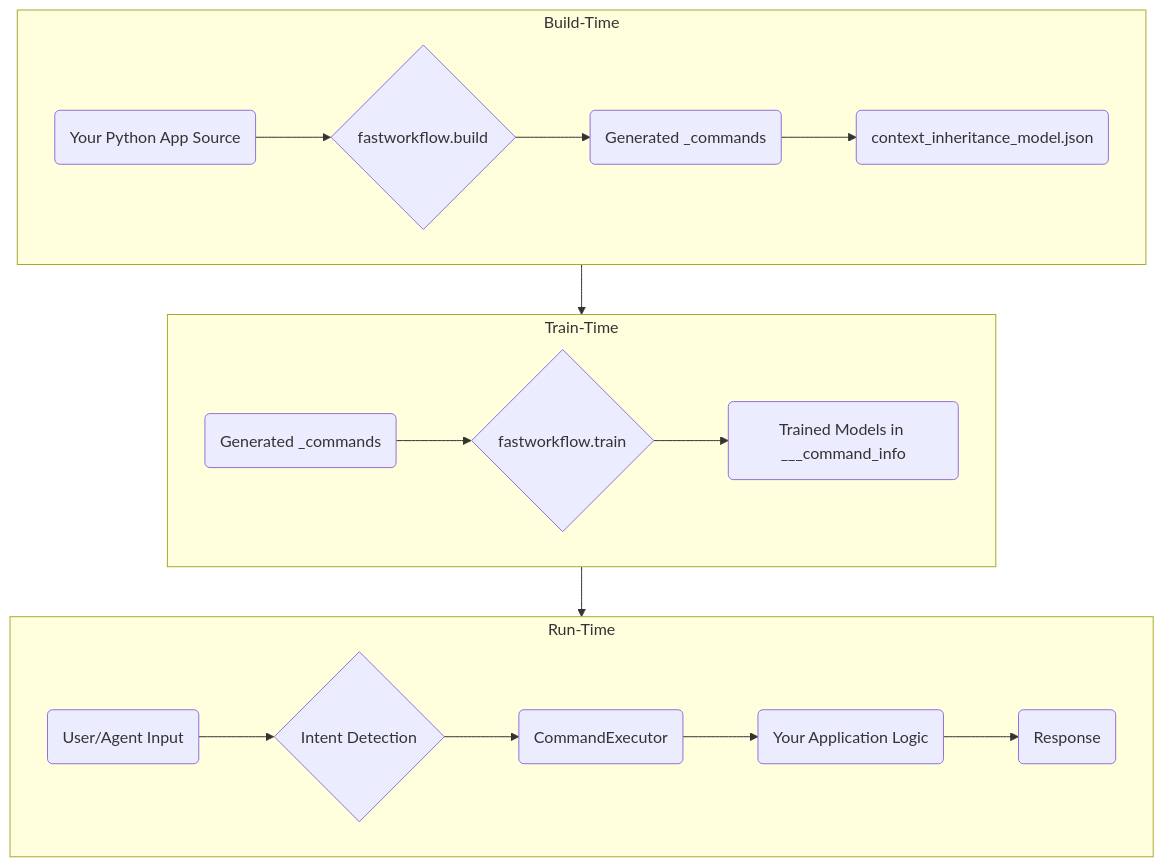
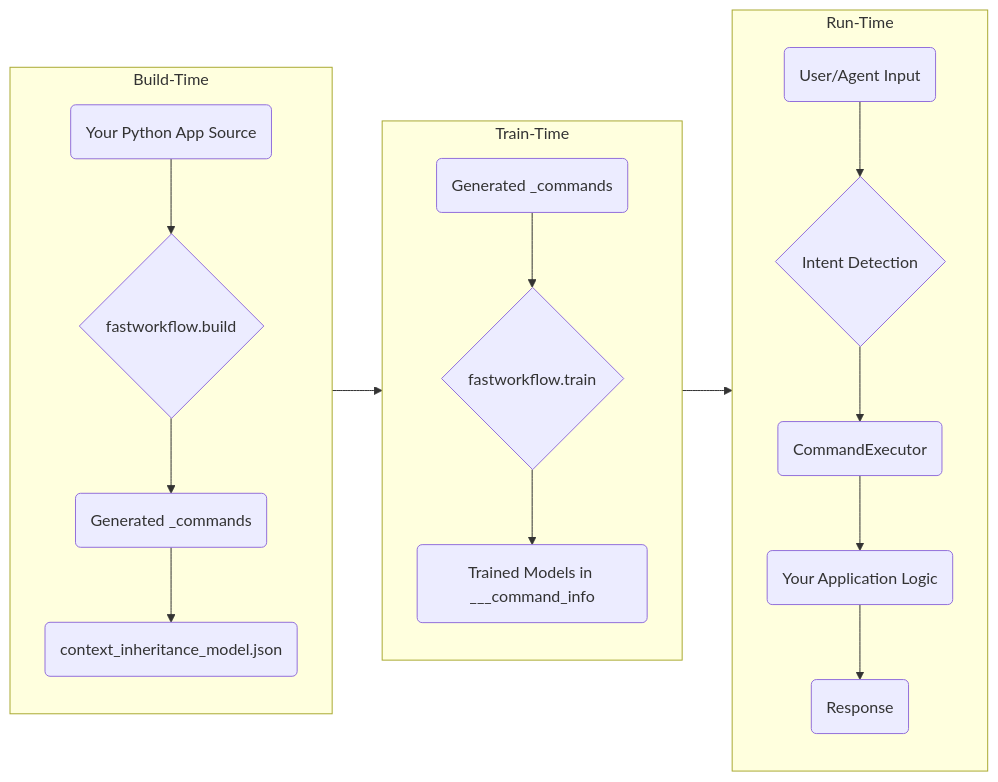
Before and after one commit to radiantlogicinc/fastworkflow: the diagram in README.md, drawn with Mermaid. The commit also changed other lines of this file, not shown here.

````diff
--- a/README.md
+++ b/README.md
@@ -26,23 +39,23 @@
 ```mermaid
-graph TD
+graph LR
     subgraph A[Build-Time]
         A1(Your Python App Source) --> A2{fastworkflow.build};
         A2 --> A3(Generated _commands);
         A3 --> A4(context_inheritance_model.json);
     end
 
     subgraph B[Train-Time]
         B1(Generated _commands) --> B2{fastworkflow.train};
         B2 --> B3(Trained Models in ___command_info);
     end
 
     subgraph C[Run-Time]
         C1(User/Agent Input) --> C2{Intent Detection};
         C2 --> C3(CommandExecutor);
         C3 --> C4(Your Application Logic);
         C4 --> C5(Response);
     end
 
     A --> B;
     B --> C;
 ```
````
